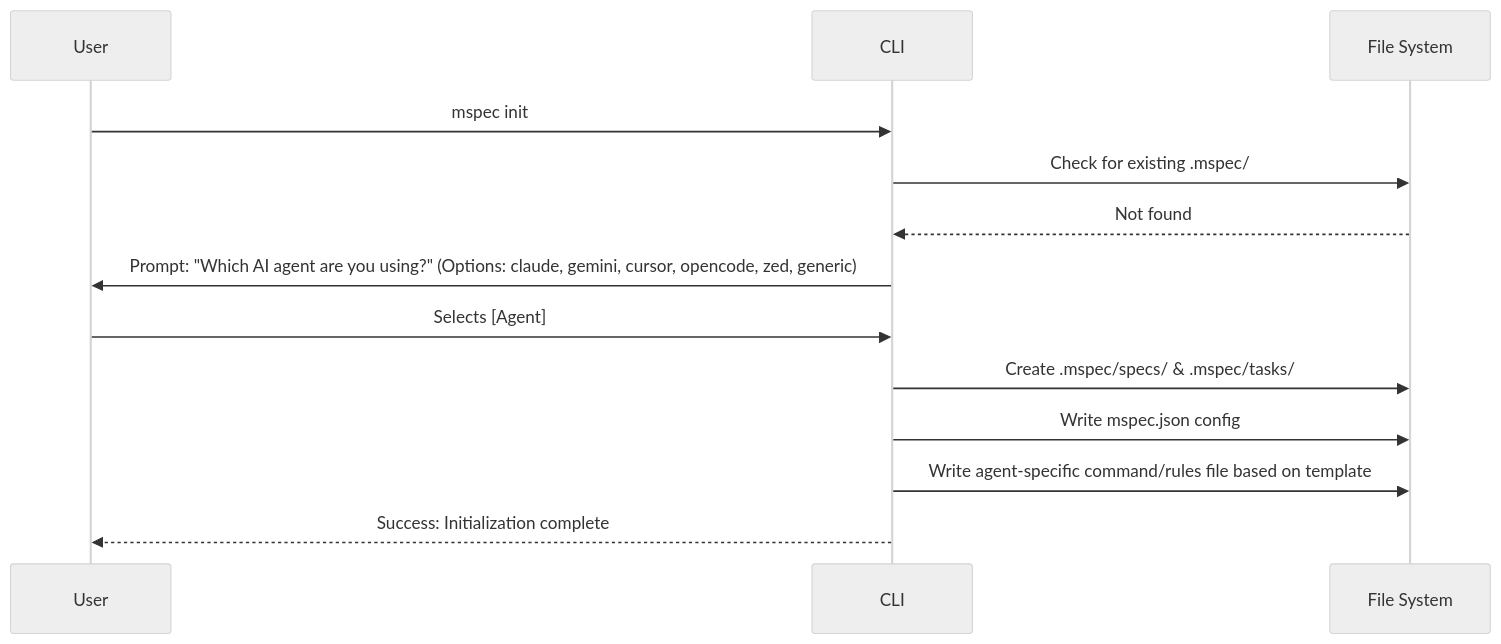
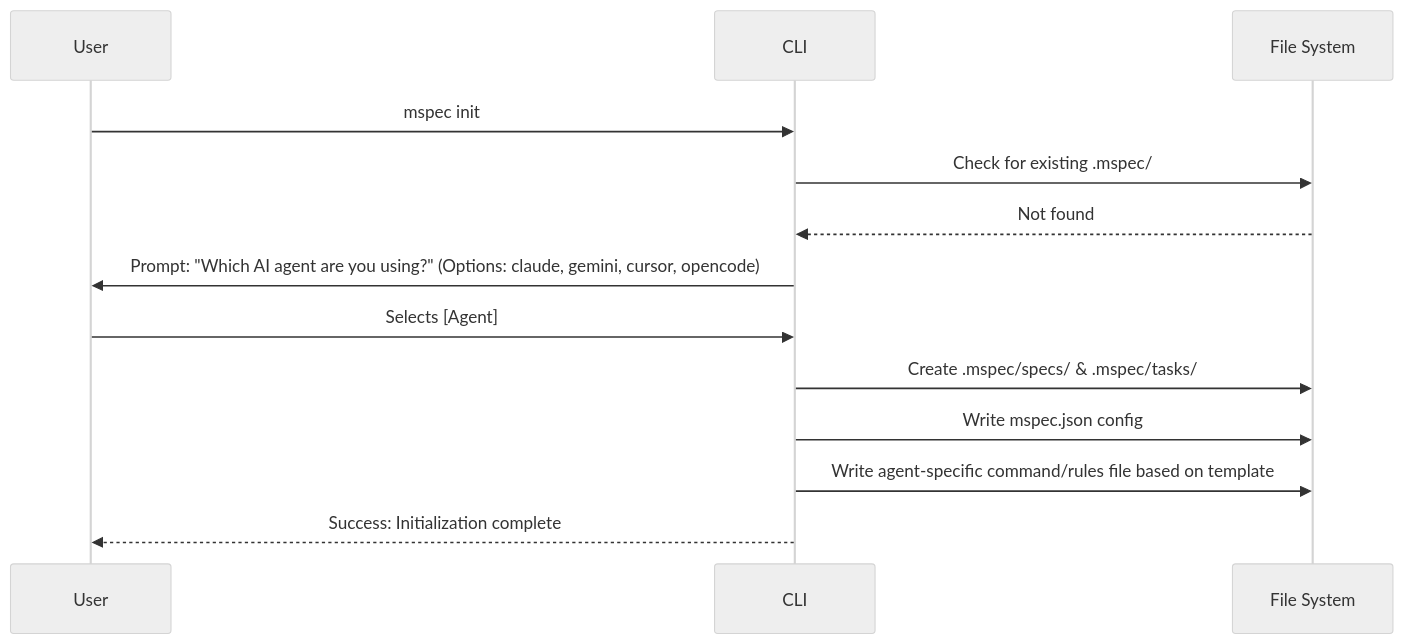
Before and after one commit to rzkmak/pspec: the diagram in .mspec/specs/001-init-command.md, drawn with Mermaid (neutral theme). The commit also changed other lines of this file and 16 other files, not shown here.

Commit message:
fix: agents format, remove: zed and generic support

````diff
--- a/.mspec/specs/001-init-command.md
+++ b/.mspec/specs/001-init-command.md
@@ -11,16 +11,16 @@
 ```mermaid
 sequenceDiagram
     participant User
     participant CLI
     participant FS as File System
     
     User->>CLI: mspec init
     CLI->>FS: Check for existing .mspec/
     FS-->>CLI: Not found
-    CLI->>User: Prompt: "Which AI agent are you using?" (Options: claude, gemini, cursor, opencode, zed, generic)
+    CLI->>User: Prompt: "Which AI agent are you using?" (Options: claude, gemini, cursor, opencode)
     User->>CLI: Selects [Agent]
     CLI->>FS: Create .mspec/specs/ & .mspec/tasks/
     CLI->>FS: Write mspec.json config
     CLI->>FS: Write agent-specific command/rules file based on template
     CLI-->>User: Success: Initialization complete
 ```
````
